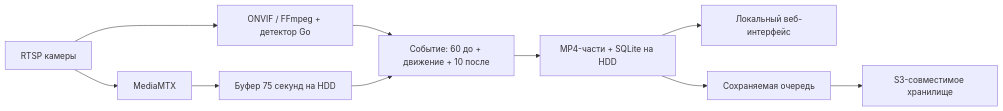
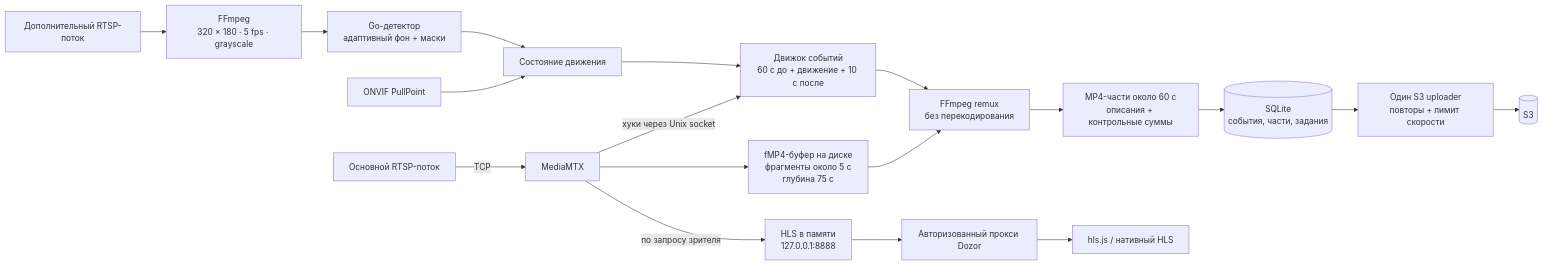
The second of 5 diagrams in README.md (Jourloy/dozor), drawn with Mermaid before and after one commit. The commit also changed other lines of this file, not shown here.

Commit message:
📝 Rewrite README with complete system architecture

````diff
--- a/README.md
+++ b/README.md
@@ -22,12 +85,22 @@
 ```mermaid
 flowchart LR
-  Camera[RTSP камеры] --> MTX[MediaMTX]
-  MTX --> Buffer[Буфер 75 секунд на HDD]
-  Camera --> Motion[ONVIF / FFmpeg + детектор Go]
-  Motion --> Engine[Событие: 60 до + движение + 10 после]
-  Buffer --> Engine
-  Engine --> Parts[MP4-части + SQLite на HDD]
-  Parts --> UI[Локальный веб-интерфейс]
-  Parts --> Queue[Сохраняемая очередь]
-  Queue --> S3[S3-совместимое хранилище]
+  Main["Основной RTSP-поток"] -->|"TCP"| MTX["MediaMTX"]
+  MTX --> Buffer["fMP4-буфер на диске<br/>фрагменты около 5 с<br/>глубина 75 с"]
+  MTX -->|"хуки через Unix socket"| Engine["Движок событий<br/>60 с до + движение + 10 с после"]
+
+  ONVIF["ONVIF PullPoint"] --> Motion["Состояние движения"]
+  Sub["Дополнительный RTSP-поток"] --> Decode["FFmpeg<br/>320 × 180 · 5 fps · grayscale"]
+  Decode --> Detector["Go-детектор<br/>адаптивный фон + маски"]
+  Detector --> Motion
+  Motion --> Engine
+  Buffer --> Assemble["FFmpeg remux<br/>без перекодирования"]
+  Engine --> Assemble
+  Assemble --> Parts["MP4-части около 60 с<br/>описания + контрольные суммы"]
+  Parts --> Catalog[("SQLite<br/>события, части, задания")]
+  Catalog --> Upload["Один S3 uploader<br/>повторы + лимит скорости"]
+  Upload --> S3[("S3")]
+
+  MTX -->|"по запросу зрителя"| HLS["HLS в памяти<br/>127.0.0.1:8888"]
+  HLS --> Proxy["Авторизованный прокси Dozor"]
+  Proxy --> Player["hls.js / нативный HLS"]
 ```
````
